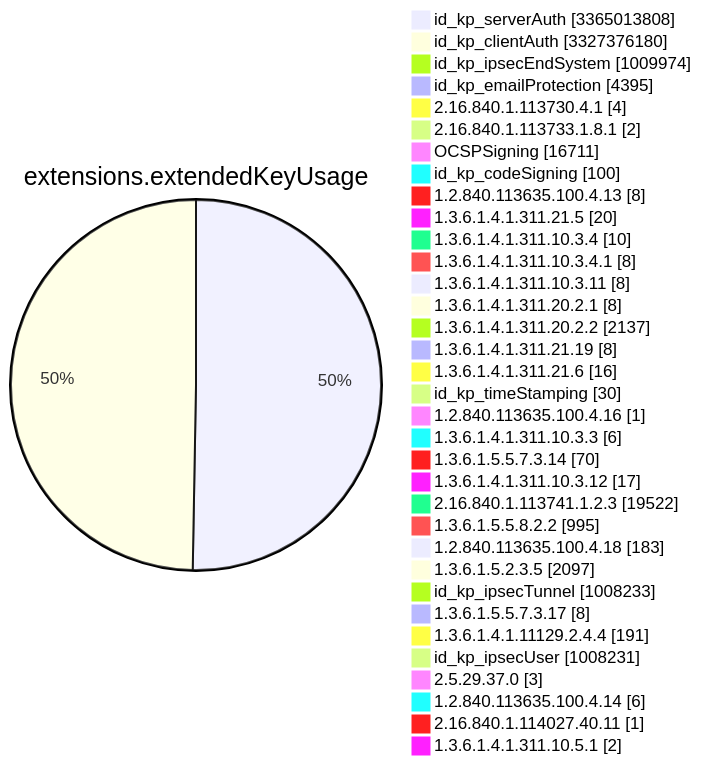
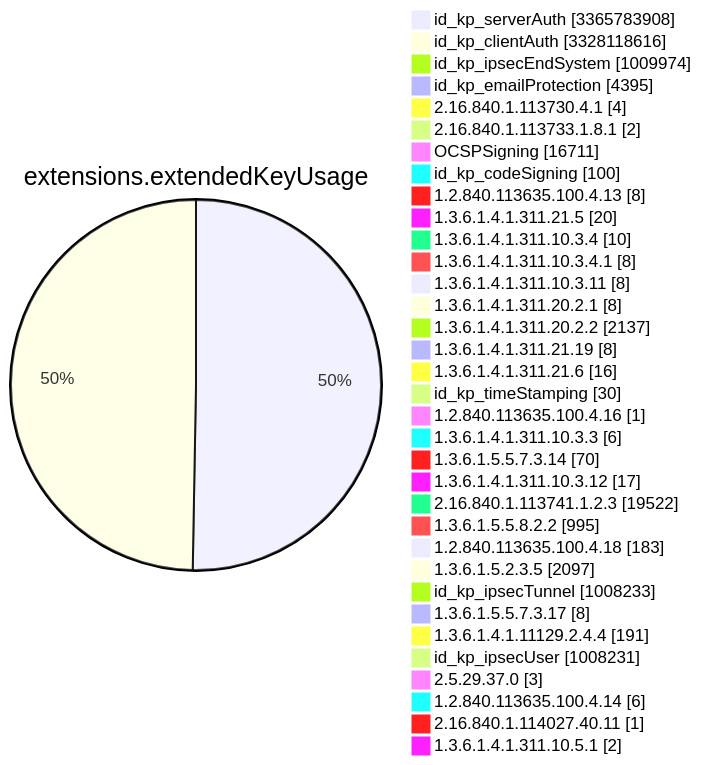
One commit to christiankrug/ctmonitor_visualization changed diagram 11 of 15 in TOTAL/README.md. Above: the diagram before and after it, drawn with Mermaid. The commit also changed other lines of this file, not shown here.

````diff
--- a/TOTAL/README.md
+++ b/TOTAL/README.md
@@ -4120,38 +4120,38 @@
 ```mermaid
 pie showData
 title extensions.extendedKeyUsage
-"id_kp_serverAuth" :3365013808
-"id_kp_clientAuth" :3327376180
+"id_kp_serverAuth" :3365783908
+"id_kp_clientAuth" :3328118616
 "id_kp_ipsecEndSystem" :1009974
 "id_kp_emailProtection" :4395
 "2.16.840.1.113730.4.1" :4
 "2.16.840.1.113733.1.8.1" :2
 "OCSPSigning" :16711
 "id_kp_codeSigning" :100
 "1.2.840.113635.100.4.13" :8
 "1.3.6.1.4.1.311.21.5" :20
 "1.3.6.1.4.1.311.10.3.4" :10
 "1.3.6.1.4.1.311.10.3.4.1" :8
 "1.3.6.1.4.1.311.10.3.11" :8
 "1.3.6.1.4.1.311.20.2.1" :8
 "1.3.6.1.4.1.311.20.2.2" :2137
 "1.3.6.1.4.1.311.21.19" :8
 "1.3.6.1.4.1.311.21.6" :16
 "id_kp_timeStamping" :30
 "1.2.840.113635.100.4.16" :1
 "1.3.6.1.4.1.311.10.3.3" :6
 "1.3.6.1.5.5.7.3.14" :70
 "1.3.6.1.4.1.311.10.3.12" :17
 "2.16.840.1.113741.1.2.3" :19522
 "1.3.6.1.5.5.8.2.2" :995
 "1.2.840.113635.100.4.18" :183
 "1.3.6.1.5.2.3.5" :2097
 "id_kp_ipsecTunnel" :1008233
 "1.3.6.1.5.5.7.3.17" :8
 "1.3.6.1.4.1.11129.2.4.4" :191
 "id_kp_ipsecUser" :1008231
 "2.5.29.37.0" :3
 "1.2.840.113635.100.4.14" :6
 "2.16.840.1.114027.40.11" :1
 "1.3.6.1.4.1.311.10.5.1" :2
 ```
````
